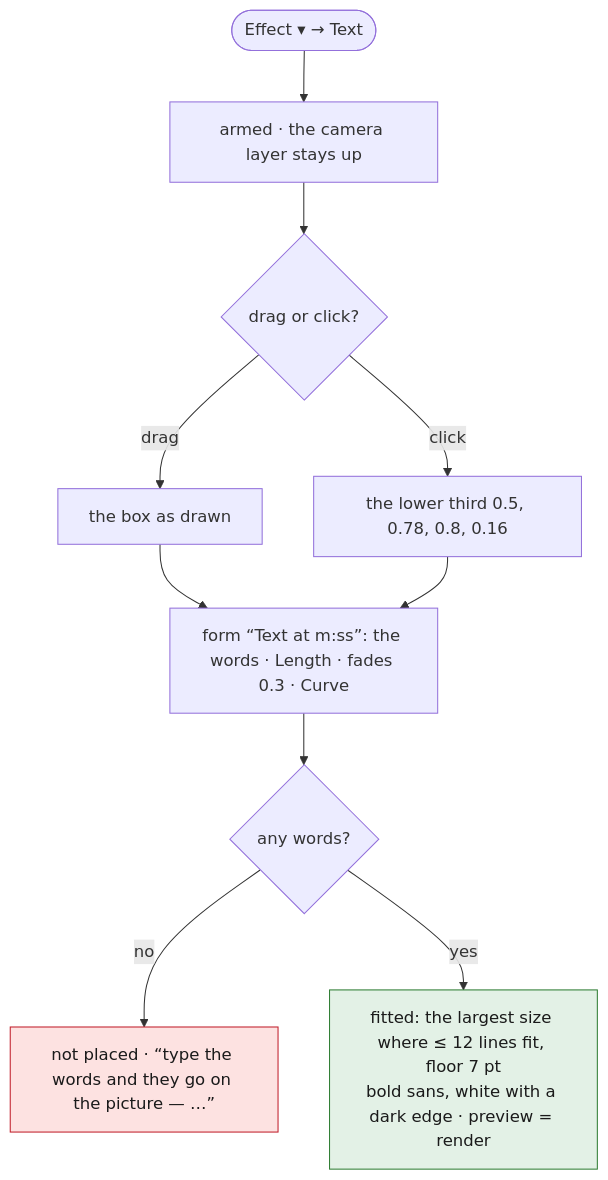
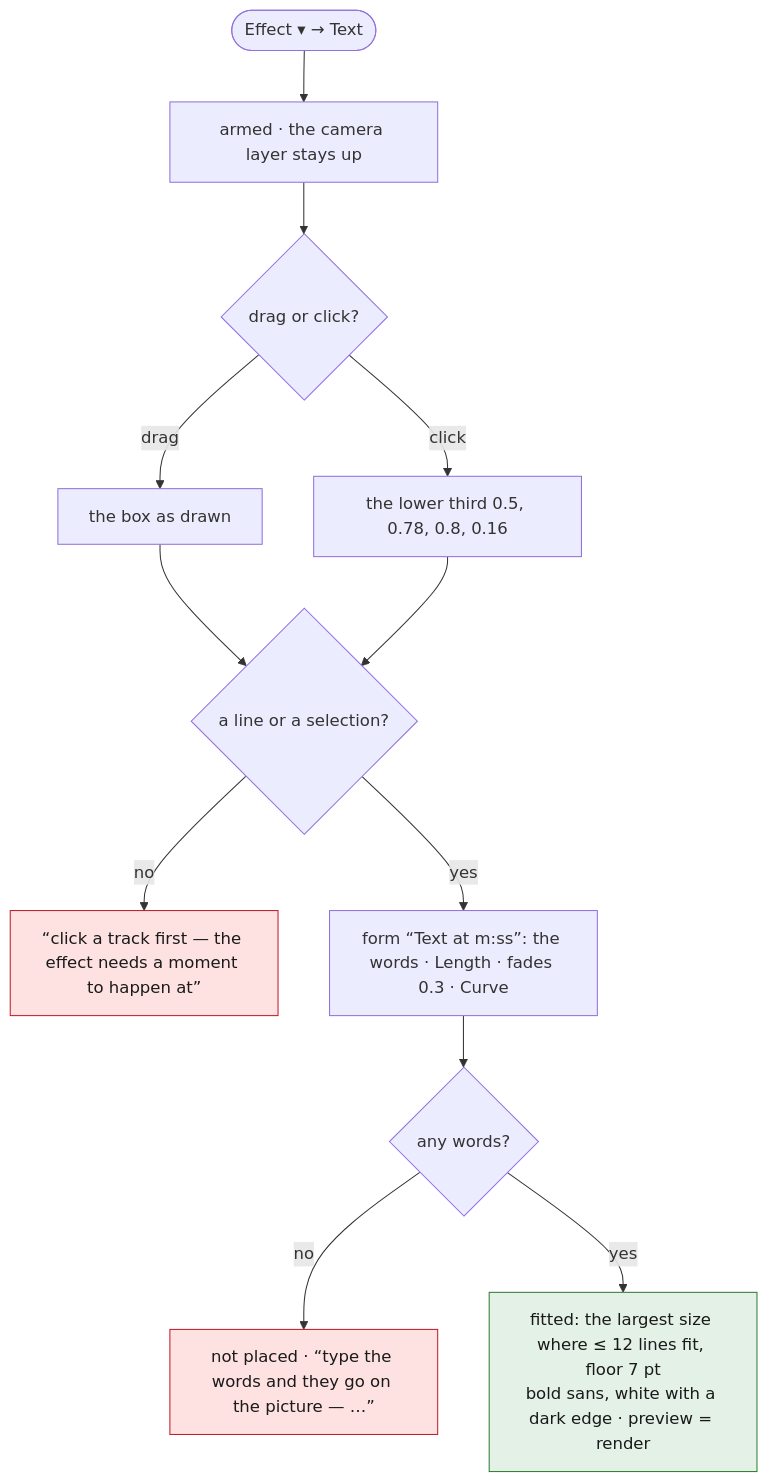
One commit to tbocek/naivepost changed the fourth of 12 diagrams in spec/06-effects.md. Above: the diagram before and after it, drawn with Mermaid. The commit also changed other lines of this file and 19 other files, not shown here.

````diff
--- a/spec/06-effects.md
+++ b/spec/06-effects.md
@@ -131,15 +131,17 @@
 ```mermaid
 flowchart TD
   A(["Effect ▾ → Text"]) --> ARM["armed · the camera layer stays up"]
   ARM --> K{"drag or click?"}
   K -- drag --> BOX["the box as drawn"]
   K -- click --> LT["the lower third 0.5, 0.78, 0.8, 0.16"]
-  BOX --> F["form “Text at m:ss”: the words · Length · fades 0.3 · Curve"]
-  LT --> F
+  BOX --> S{"a line or a selection?"}
+  LT --> S
+  S -- no --> R["“click a track first — the effect needs a moment to happen at”"]:::refuse
+  S -- yes --> F["form “Text at m:ss”: the words · Length · fades 0.3 · Curve"]
   F --> W{"any words?"}
   W -- no --> N["not placed · “type the words and they go on the picture — …”"]:::refuse
   W -- yes --> FIT["fitted: the largest size where ≤ 12 lines fit, floor 7 pt<br/>bold sans, white with a dark edge · preview = render"]:::done
   classDef refuse fill:#fde2e1,stroke:#c01c28,color:#1a1a1a
   classDef done fill:#e3f1e6,stroke:#2e7d32,color:#1a1a1a
   classDef ask fill:#e8eefc,stroke:#3a63c8,color:#1a1a1a
 ```
````
